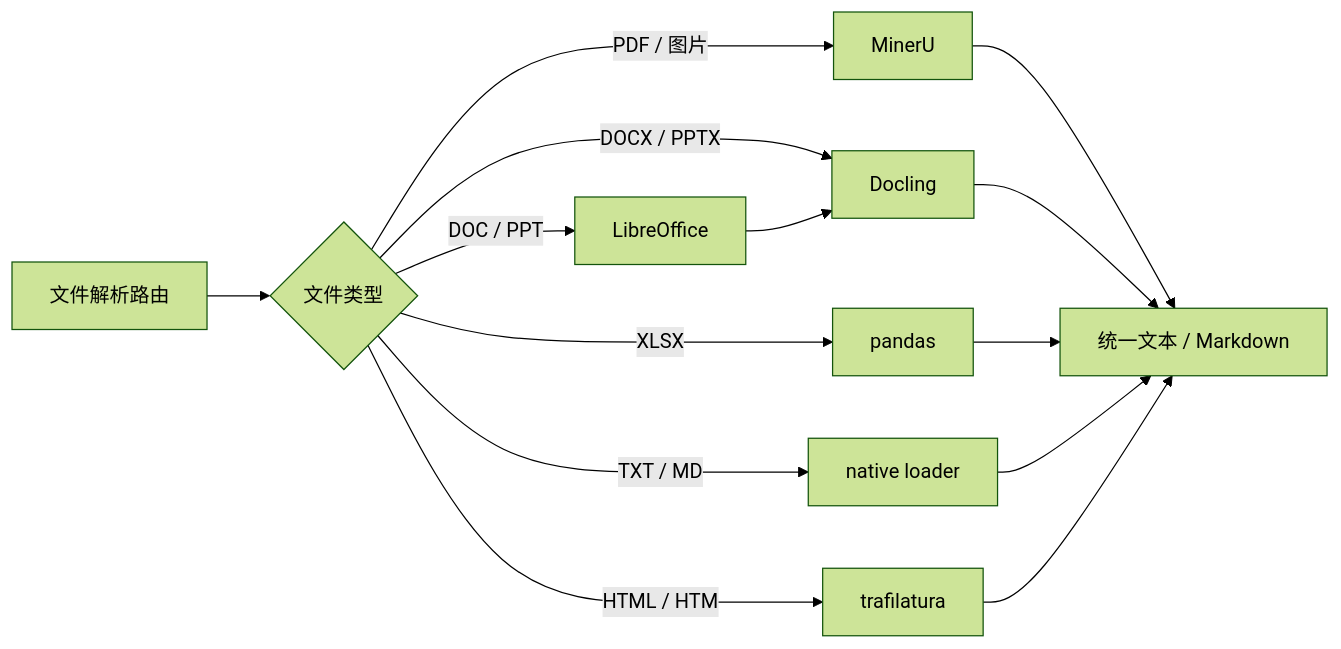
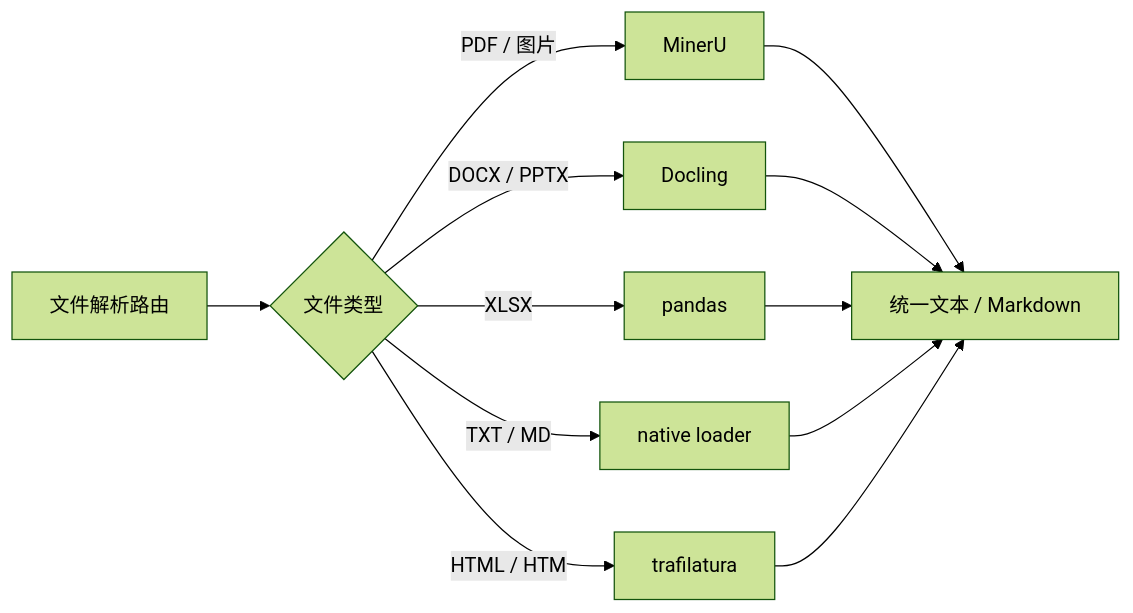
The second of 11 diagrams in README.md (szlx23/fabagent-rag), drawn with Mermaid (forest theme) before and after one commit. The commit also changed other lines of this file and 2 other files, not shown here.

Commit message:
Remove legacy doc and ppt support

````diff
--- a/README.md
+++ b/README.md
@@ -142,16 +142,14 @@
 ```mermaid
 flowchart LR
     A[文件解析路由] --> B{文件类型}
     B -->|PDF / 图片| C[MinerU]
     B -->|DOCX / PPTX| D[Docling]
-    B -->|DOC / PPT| E[LibreOffice]
-    E --> D
     B -->|XLSX| F[pandas]
     B -->|TXT / MD| G[native loader]
     B -->|HTML / HTM| H[trafilatura]
     C --> O[统一文本 / Markdown]
     D --> O
     F --> O
     G --> O
     H --> O
 ```
````
